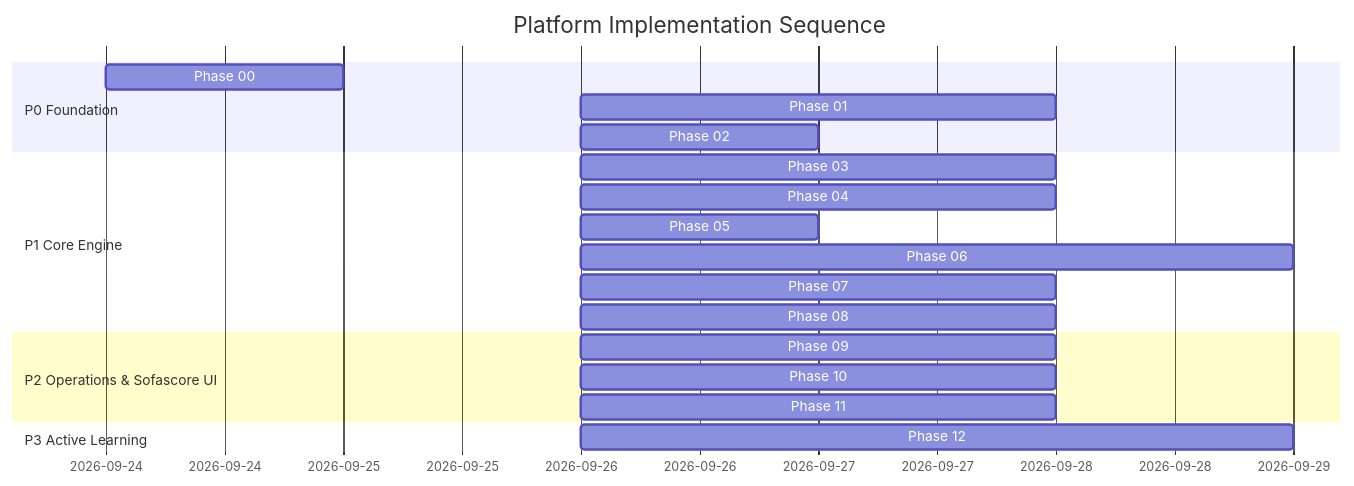
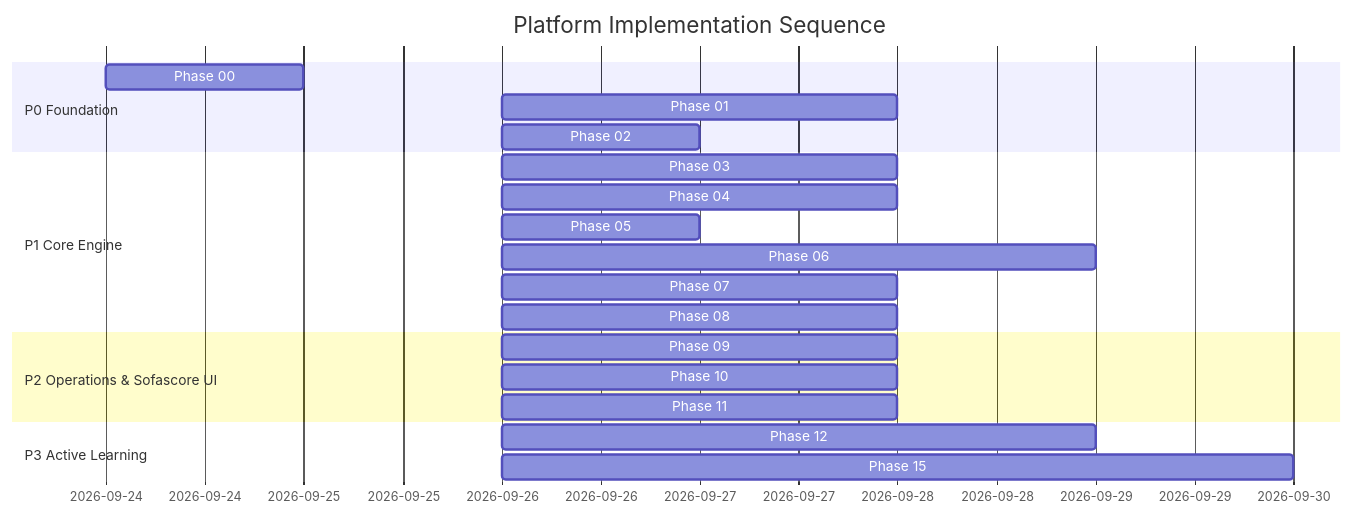
One commit to kara-india/football-prediction changed the second of 3 diagrams in docs/MASTER_DEVELOPMENT_PLAN.md. Above: the diagram before and after it, drawn with Mermaid. The commit also changed other lines of this file, not shown here.

Commit message:
docs(phase-15): extend roadmap through advanced modeling

````diff
--- a/docs/MASTER_DEVELOPMENT_PLAN.md
+++ b/docs/MASTER_DEVELOPMENT_PLAN.md
@@ -189,22 +189,23 @@
 ```mermaid
 gantt
     title Platform Implementation Sequence
     dateFormat  YYYY-MM-DD
     section P0 Foundation
     Phase 00: Security & Repo Hardening      :p0, 2026-09-24, 1d
     Phase 01: Database & Migration Hardening :p1, after p0, 2d
     Phase 02: Quota Governance & Cost Safety  :p2, after p1, 1d
     section P1 Core Engine
     Phase 03: Zero-Cost Data Ingestion       :p3, after p2, 2d
     Phase 04: Target Odds (1xBet) Engine     :p4, after p3, 2d
     Phase 05: Lineup & Runtime Gatekeeper    :p5, after p4, 1d
     Phase 06: Core Statistical & Monte Carlo :p6, after p5, 3d
     Phase 07: Market Settlement & Edge Engine:p7, after p6, 2d
     Phase 08: Walk-Forward Validation        :p8, after p7, 2d
     section P2 Operations & Sofascore UI
     Phase 09: Background Worker Automation   :p9, after p8, 2d
     Phase 10: Production Hardening & Observ. :p10, after p9, 2d
     Phase 11: Sofascore-Inspired Terminal UI :p11, after p10, 2d
     section P3 Active Learning
     Phase 12: RL & Contextual Bandit Policy  :p12, after p11, 3d
+    Phase 15: Advanced Statistical Modeling :p15, after p12, 4d
 ```
````
